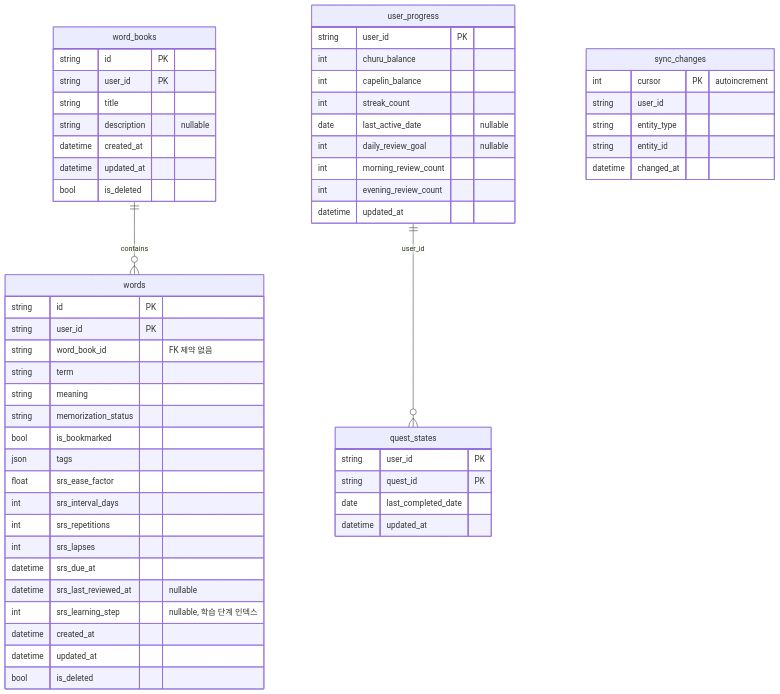
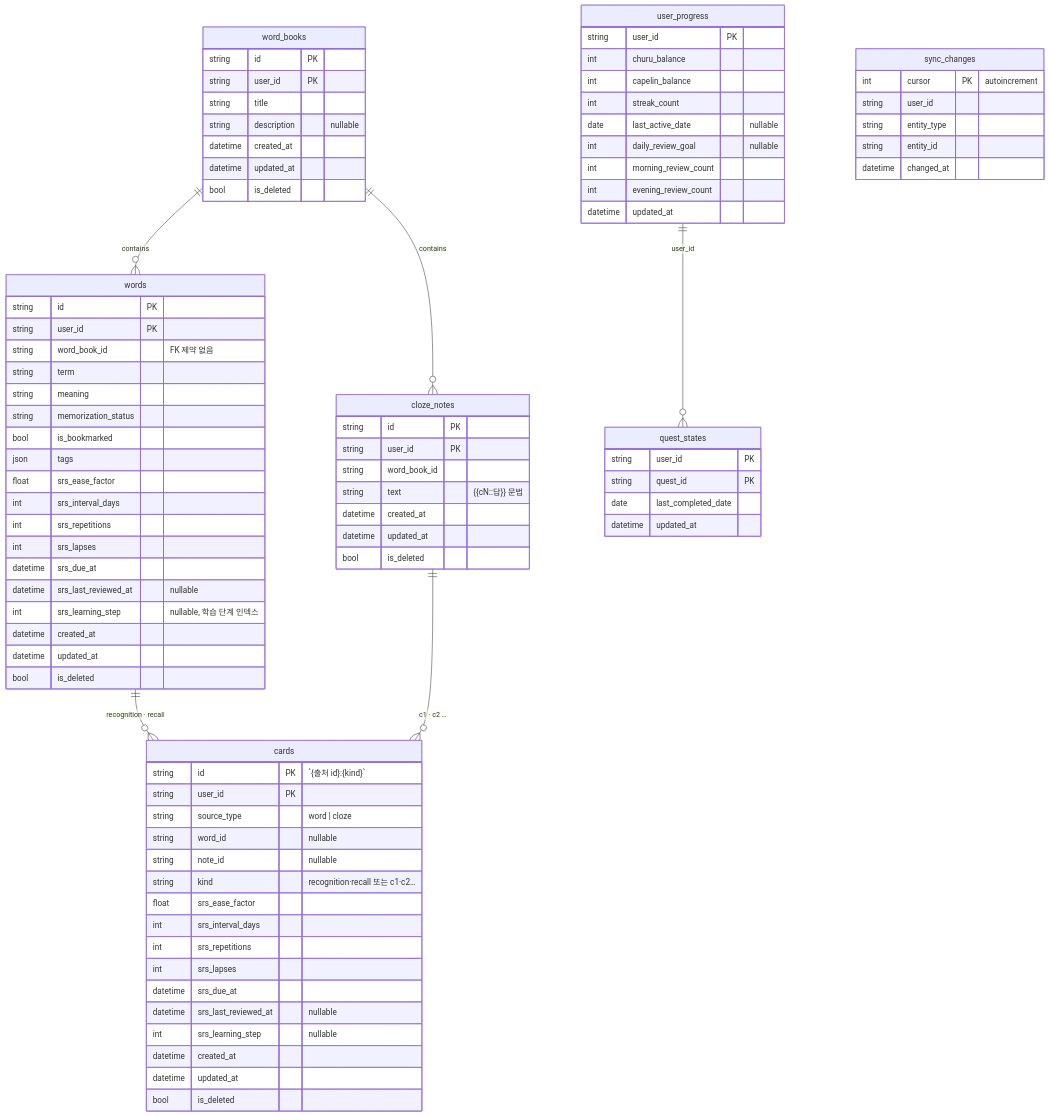
One commit to novvvv/nyaki changed the second of 2 diagrams in docs/ARCHITECTURE.md. Above: the diagram before and after it, drawn with Mermaid. The commit also changed other lines of this file and 1 other file, not shown here.

Commit message:
docs: 노트·카드 구조 반영 + 앱 남은 작업 기록
ARCHITECTURE.md
- 1.3절: 노트와 카드. 왜 나눴는지, 빈칸 노트가 단어의 파생물이 아닌 이유,
  카드 id 규칙, 형제 카드 규칙의 묶는 기준
- Hub ERD에 cards · cloze_notes와 관계
- API 표에 빈칸 노트 엔드포인트

TASKS.md
- A-2: 앱을 카드 구조에 맞추기. 세션 화면이 Word 중심이라 제일 큰 덩어리다
- A-3: words.srs_* 제거 — 웹 암기율과 앱 목록을 카드 기준으로 옮긴 뒤

````diff
--- a/docs/ARCHITECTURE.md
+++ b/docs/ARCHITECTURE.md
@@ -210,6 +237,9 @@
 ```mermaid
 erDiagram
   word_books ||--o{ words : contains
+  word_books ||--o{ cloze_notes : contains
+  words ||--o{ cards : "recognition · recall"
+  cloze_notes ||--o{ cards : "c1 · c2 …"
   user_progress ||--o{ quest_states : "user_id"
   word_books {
     string id PK
@@ -240,6 +270,33 @@
     datetime updated_at
     bool is_deleted
   }
+  cards {
+    string id PK "`{출처 id}:{kind}`"
+    string user_id PK
+    string source_type "word | cloze"
+    string word_id "nullable"
+    string note_id "nullable"
+    string kind "recognition·recall 또는 c1·c2…"
+    float srs_ease_factor
+    int srs_interval_days
+    int srs_repetitions
+    int srs_lapses
+    datetime srs_due_at
+    datetime srs_last_reviewed_at "nullable"
+    int srs_learning_step "nullable"
+    datetime created_at
+    datetime updated_at
+    bool is_deleted
+  }
+  cloze_notes {
+    string id PK
+    string user_id PK
+    string word_book_id
+    string text "{{cN::답}} 문법"
+    datetime created_at
+    datetime updated_at
+    bool is_deleted
+  }
   sync_changes {
     int cursor PK "autoincrement"
     string user_id
````
